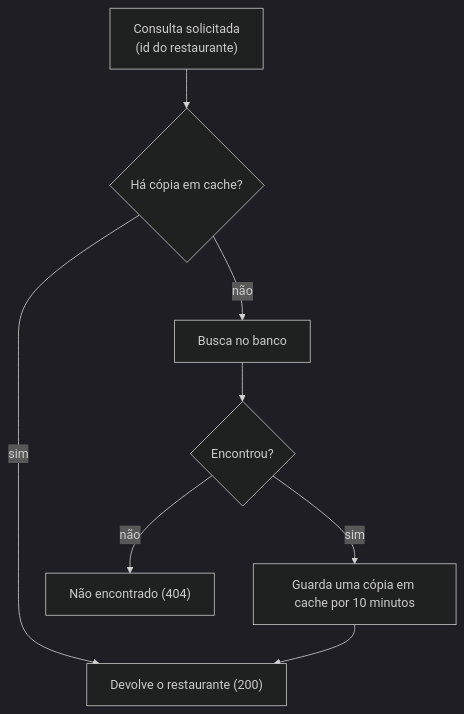
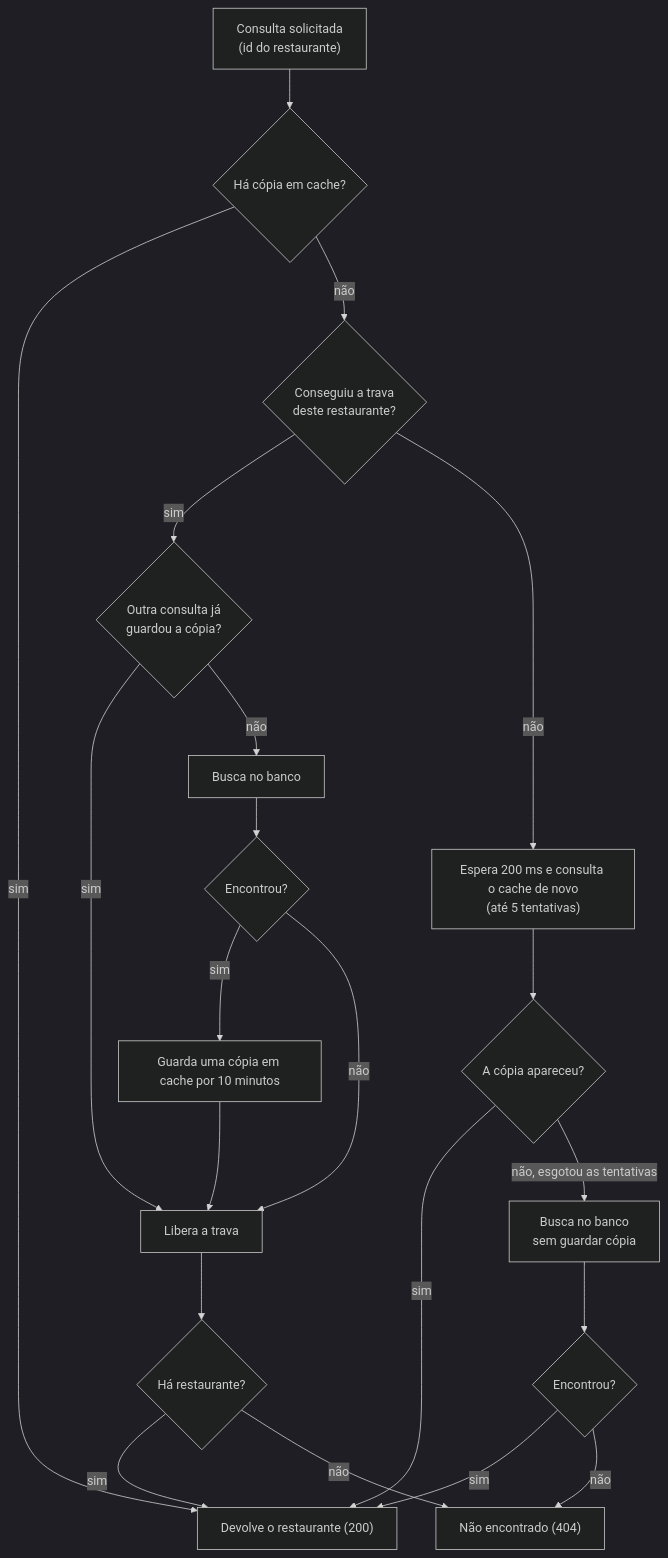
The diagram in docs/fluxos/catalogo-consulta-restaurante.md (Fabricio-S-Martins/PlataformaEntregas), drawn with Mermaid (dark theme) before and after one commit. The commit also changed other lines of this file and 4 other files, not shown here.

Commit message:
docs: documentar lock distribuído na consulta de restaurante e montagem de cardápio

````diff
--- a/docs/fluxos/catalogo-consulta-restaurante.md
+++ b/docs/fluxos/catalogo-consulta-restaurante.md
@@ -7,10 +7,23 @@
 ```mermaid
 flowchart TD
   Req["Consulta solicitada<br/>(id do restaurante)"] --> Cac{"Há cópia em cache?"}
   Cac -->|"sim"| Dev["Devolve o restaurante (200)"]
-  Cac -->|"não"| Ban["Busca no banco"]
+  Cac -->|"não"| Tra{"Conseguiu a trava<br/>deste restaurante?"}
+  Tra -->|"sim"| Rec{"Outra consulta já<br/>guardou a cópia?"}
+  Rec -->|"sim"| Lib["Libera a trava"]
+  Rec -->|"não"| Ban["Busca no banco"]
   Ban --> Ach{"Encontrou?"}
-  Ach -->|"não"| E404["Não encontrado (404)"]
   Ach -->|"sim"| Gua["Guarda uma cópia em cache por 10 minutos"]
-  Gua --> Dev
+  Gua --> Lib
+  Ach -->|"não"| Lib
+  Lib --> Fim{"Há restaurante?"}
+  Fim -->|"sim"| Dev
+  Fim -->|"não"| E404["Não encontrado (404)"]
+  Tra -->|"não"| Esp["Espera 200 ms e consulta o cache de novo<br/>(até 5 tentativas)"]
+  Esp --> Apa{"A cópia apareceu?"}
+  Apa -->|"sim"| Dev
+  Apa -->|"não, esgotou as tentativas"| Dir["Busca no banco<br/>sem guardar cópia"]
+  Dir --> Ach2{"Encontrou?"}
+  Ach2 -->|"sim"| Dev
+  Ach2 -->|"não"| E404
 ```
````
